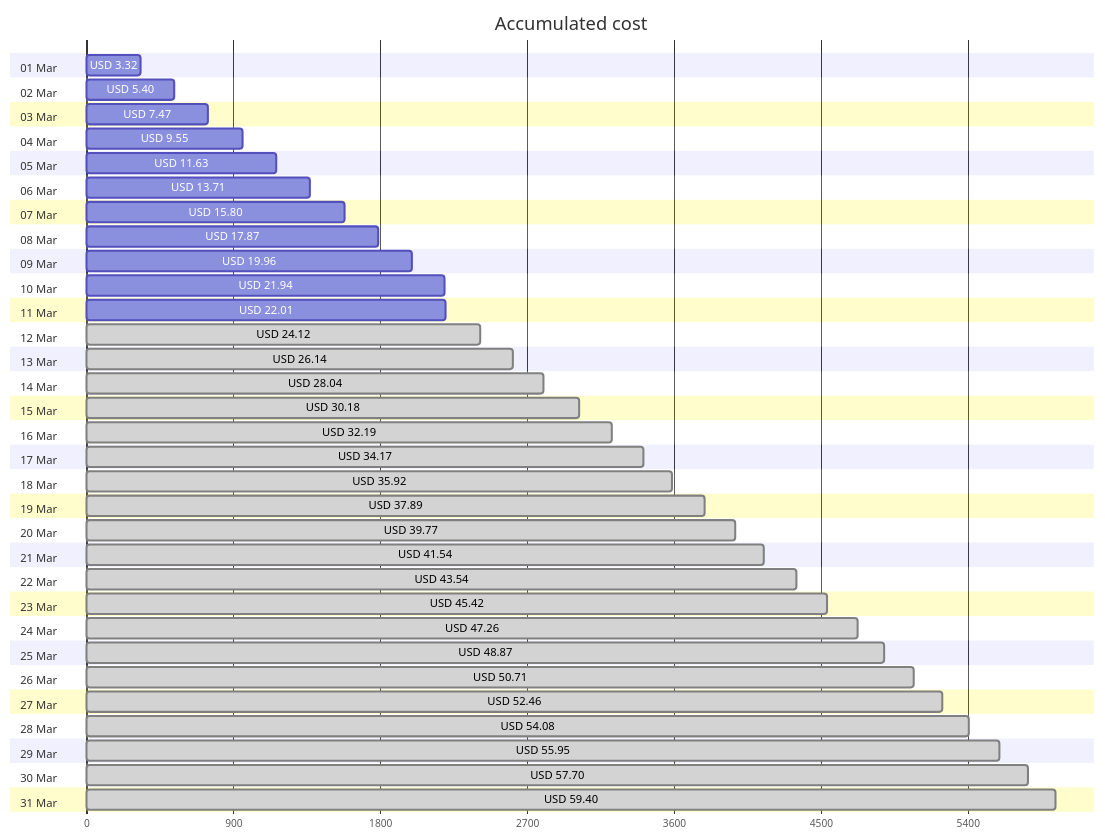
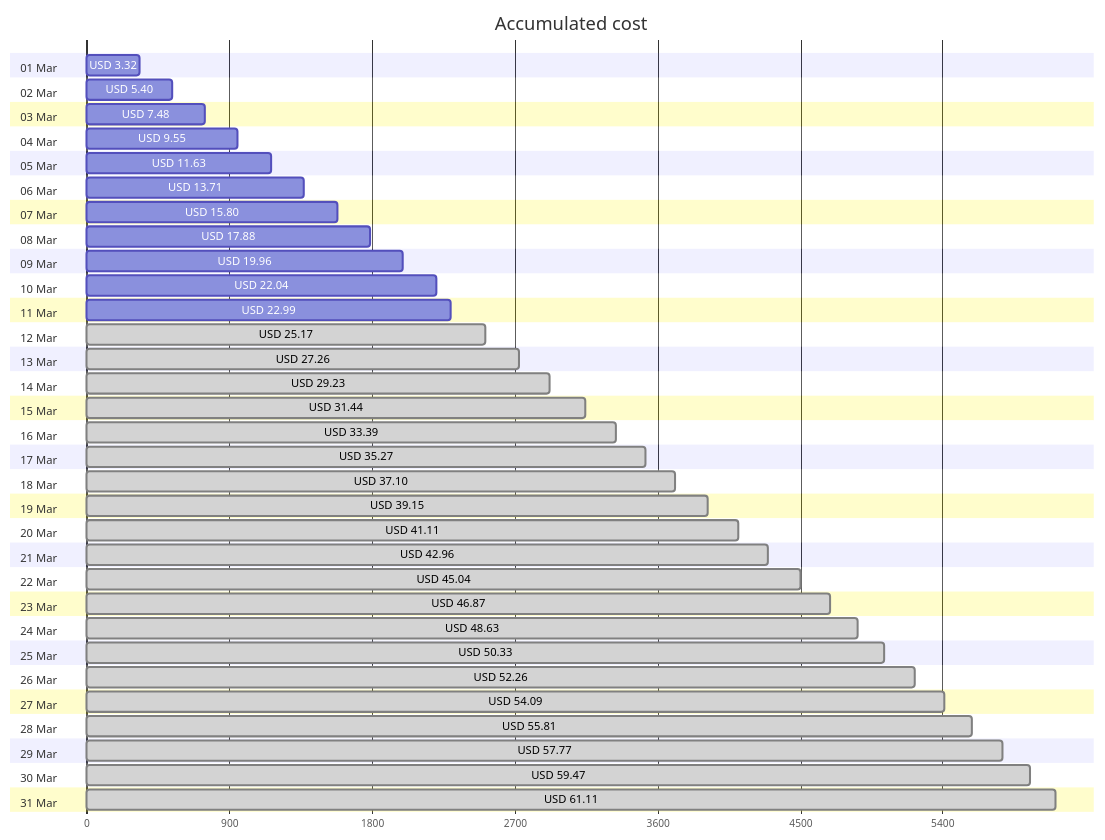
The first of 4 diagrams in cost-reports/accumulated-cost.md (jpfulton/azure-personal-reports), drawn with Mermaid before and after one commit. The commit also changed other lines of this file and 4 other files, not shown here.

````diff
--- a/cost-reports/accumulated-cost.md
+++ b/cost-reports/accumulated-cost.md
@@ -20,68 +20,68 @@
 ```mermaid
 gantt
    title Accumulated cost
    dateFormat  X
    axisFormat %s
    section 01 Mar
    USD 3.32 :0, 332
    section 02 Mar
    USD 5.40 :0, 540
    section 03 Mar
-   USD 7.47 :0, 747
+   USD 7.48 :0, 748
    section 04 Mar
    USD 9.55 :0, 955
    section 05 Mar
    USD 11.63 :0, 1163
    section 06 Mar
    USD 13.71 :0, 1371
    section 07 Mar
    USD 15.80 :0, 1580
    section 08 Mar
-   USD 17.87 :0, 1787
+   USD 17.88 :0, 1788
    section 09 Mar
    USD 19.96 :0, 1996
    section 10 Mar
-   USD 21.94 :0, 2194
+   USD 22.04 :0, 2204
    section 11 Mar
-   USD 22.01 :0, 2201
+   USD 22.99 :0, 2299
    section 12 Mar
-   USD 24.12 : done, 0, 2412
+   USD 25.17 : done, 0, 2517
    section 13 Mar
-   USD 26.14 : done, 0, 2614
+   USD 27.26 : done, 0, 2726
    section 14 Mar
-   USD 28.04 : done, 0, 2804
+   USD 29.23 : done, 0, 2923
    section 15 Mar
-   USD 30.18 : done, 0, 3018
+   USD 31.44 : done, 0, 3144
    section 16 Mar
-   USD 32.19 : done, 0, 3219
+   USD 33.39 : done, 0, 3339
    section 17 Mar
-   USD 34.17 : done, 0, 3417
+   USD 35.27 : done, 0, 3527
    section 18 Mar
-   USD 35.92 : done, 0, 3592
+   USD 37.10 : done, 0, 3710
    section 19 Mar
-   USD 37.89 : done, 0, 3789
+   USD 39.15 : done, 0, 3915
    section 20 Mar
-   USD 39.77 : done, 0, 3977
+   USD 41.11 : done, 0, 4111
    section 21 Mar
-   USD 41.54 : done, 0, 4154
+   USD 42.96 : done, 0, 4296
    section 22 Mar
-   USD 43.54 : done, 0, 4354
+   USD 45.04 : done, 0, 4504
    section 23 Mar
-   USD 45.42 : done, 0, 4542
+   USD 46.87 : done, 0, 4687
    section 24 Mar
-   USD 47.26 : done, 0, 4726
+   USD 48.63 : done, 0, 4863
    section 25 Mar
-   USD 48.87 : done, 0, 4887
+   USD 50.33 : done, 0, 5033
    section 26 Mar
-   USD 50.71 : done, 0, 5071
+   USD 52.26 : done, 0, 5226
    section 27 Mar
-   USD 52.46 : done, 0, 5246
+   USD 54.09 : done, 0, 5409
    section 28 Mar
-   USD 54.08 : done, 0, 5408
+   USD 55.81 : done, 0, 5581
    section 29 Mar
-   USD 55.95 : done, 0, 5595
+   USD 57.77 : done, 0, 5777
    section 30 Mar
-   USD 57.70 : done, 0, 5770
+   USD 59.47 : done, 0, 5947
    section 31 Mar
-   USD 59.40 : done, 0, 5940
+   USD 61.11 : done, 0, 6111
 ```
````
